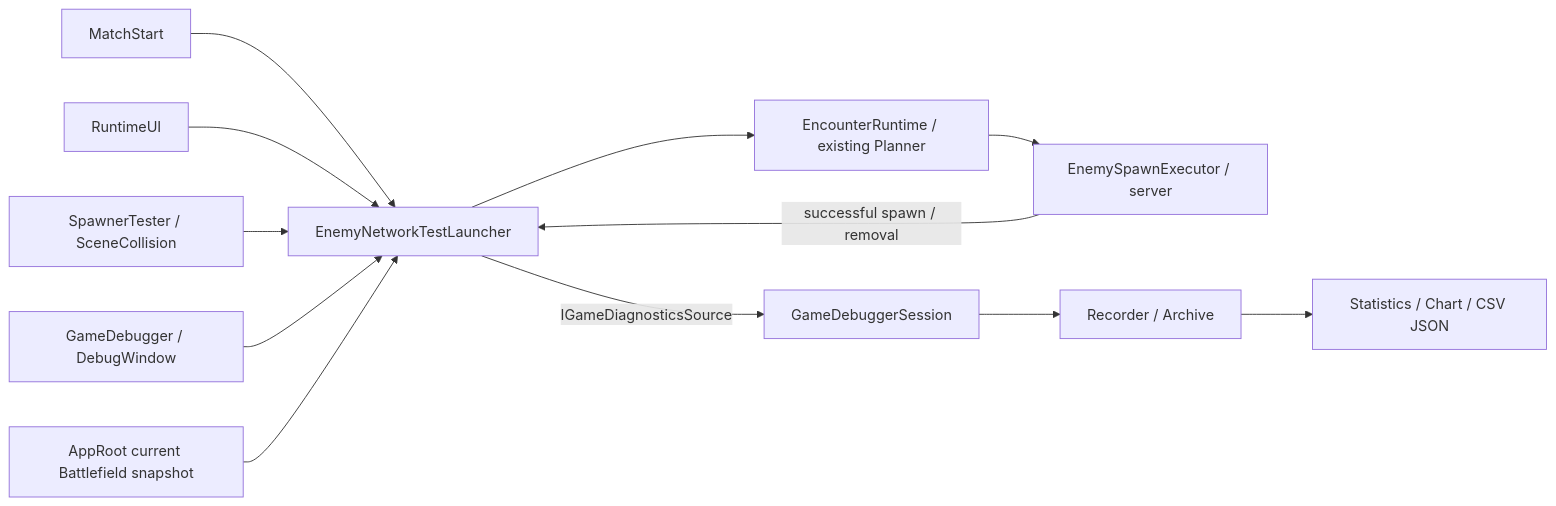
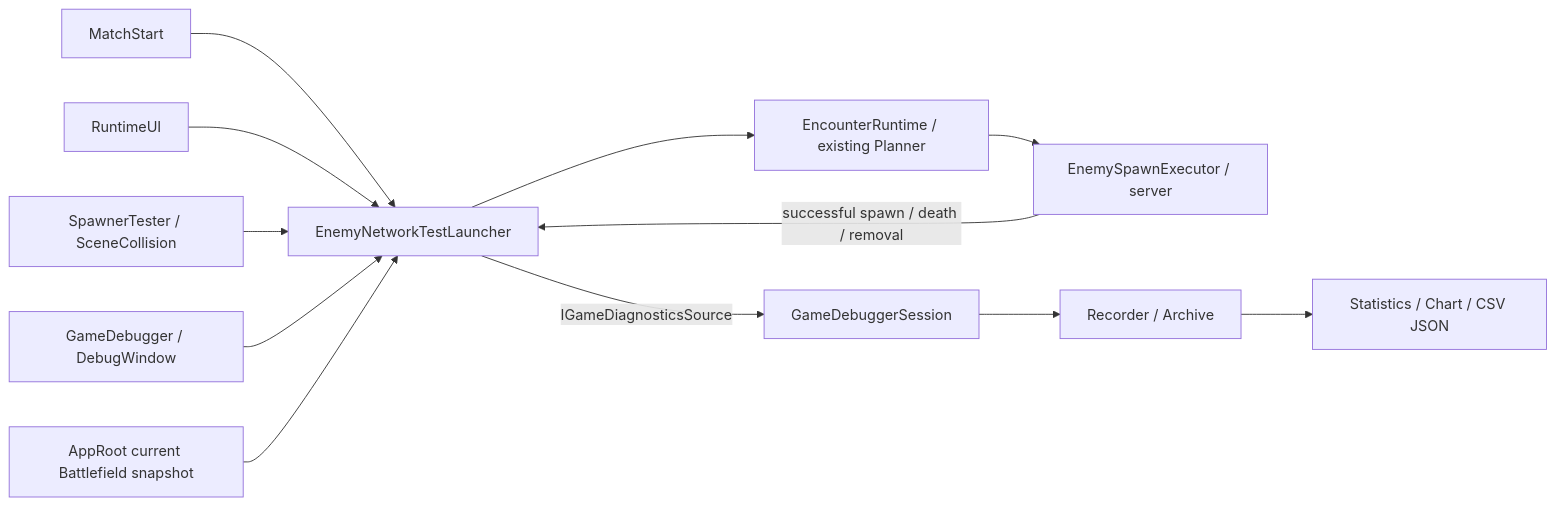
The diagram in Docs/tooling/game-debugger-guide.md (Team-HJD-21/unity-6-the-developer), drawn with Mermaid before and after one commit. The commit also changed other lines of this file and 7 other files, not shown here.

````diff
--- a/Docs/tooling/game-debugger-guide.md
+++ b/Docs/tooling/game-debugger-guide.md
@@ -52,14 +77,14 @@
 ```mermaid
 flowchart LR
   AUTO[MatchStart] --> L[EnemyNetworkTestLauncher]
   UI[RuntimeUI] --> L
   SCENE[SpawnerTester / SceneCollision] --> L
   WINDOW[GameDebugger / DebugWindow] --> L
   CORE[AppRoot current Battlefield snapshot] --> L
   L --> R[EncounterRuntime / existing Planner]
   R --> E[EnemySpawnExecutor / server]
-  E -->|successful spawn / removal| L
+  E -->|successful spawn / death / removal| L
   L -->|IGameDiagnosticsSource| SESSION[GameDebuggerSession]
   SESSION --> REC[Recorder / Archive]
   REC --> CHART[Statistics / Chart / CSV JSON]
 ```
````
